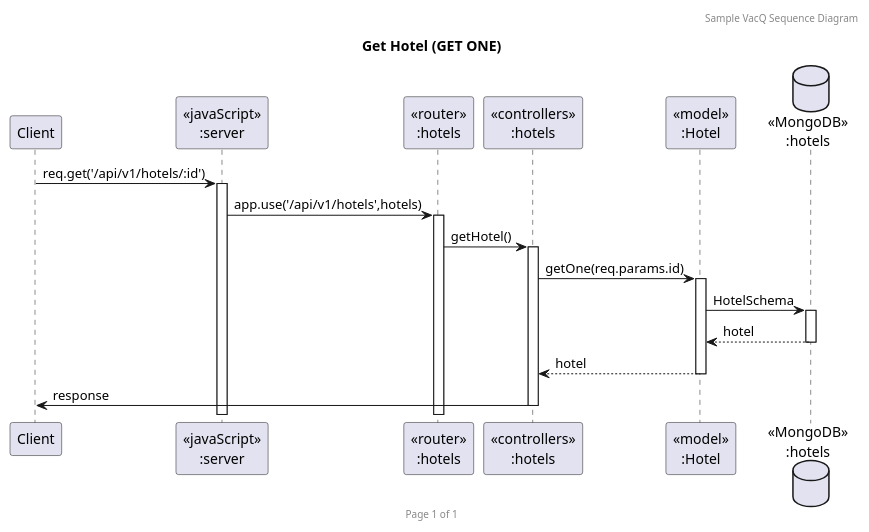
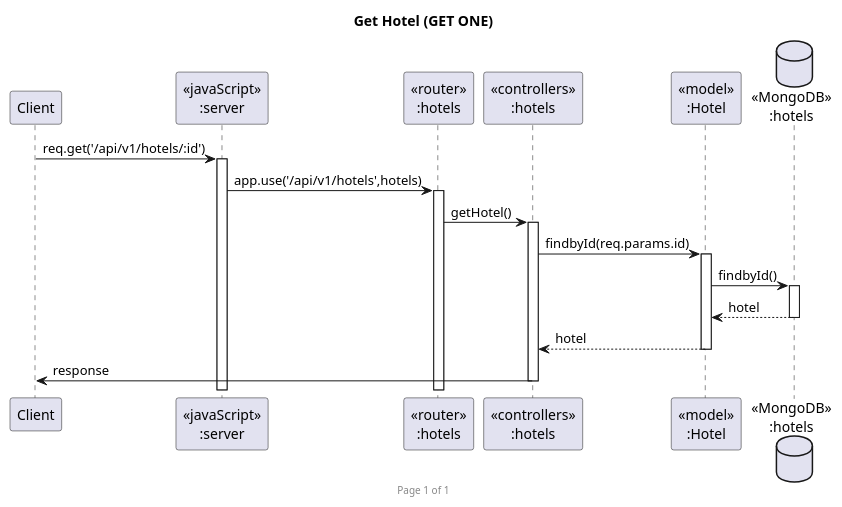
Before and after one commit to n0n7/SWDev_Final: the diagram in diagram/sequence/hotels/hotelGETONE/hotelGETONE.puml, drawn with PlantUML. The commit also changed 16 other files, not shown here.

Commit message:
update auth sequence diagram

```diff
--- a/diagram/sequence/hotels/hotelGETONE/hotelGETONE.puml
+++ b/diagram/sequence/hotels/hotelGETONE/hotelGETONE.puml
@@ -1,23 +1,22 @@
 @startuml Get Hotel (GET ONE)
 
-header Sample VacQ Sequence Diagram
 footer Page %page% of %lastpage%
 title "Get Hotel (GET ONE)"
 
 participant "Client" as client
 participant "<<javaScript>>\n:server" as server
 participant "<<router>>\n:hotels" as routerHotels
 participant "<<controllers>>\n:hotels" as controllersHotels
 participant "<<model>>\n:Hotel" as modelHotel
 database "<<MongoDB>>\n:hotels" as HotelsDatabase
 
 client->server ++:req.get('/api/v1/hotels/:id')
 server->routerHotels ++:app.use('/api/v1/hotels',hotels)
 routerHotels -> controllersHotels ++:getHotel()
-controllersHotels->modelHotel ++:getOne(req.params.id)
-modelHotel ->HotelsDatabase ++: HotelSchema
+controllersHotels->modelHotel ++:findbyId(req.params.id)
+modelHotel ->HotelsDatabase ++: findbyId()
 HotelsDatabase --> modelHotel --: hotel
 controllersHotels <-- modelHotel --:hotel
 controllersHotels->client --:response
 
 @enduml
```
